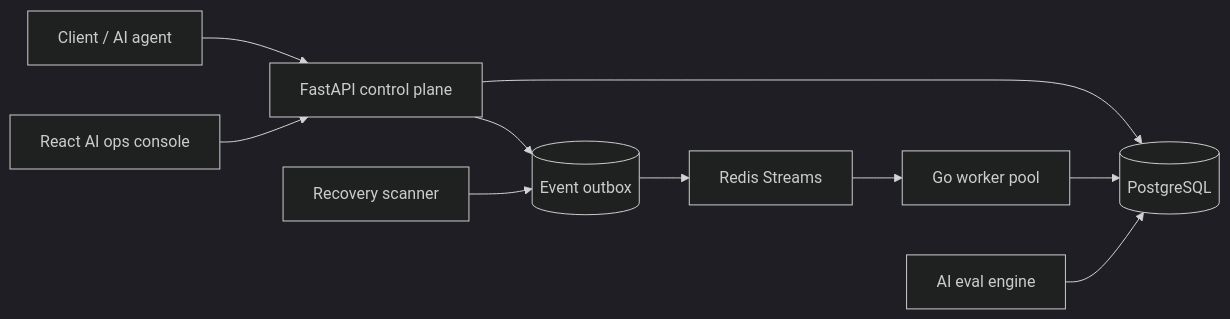
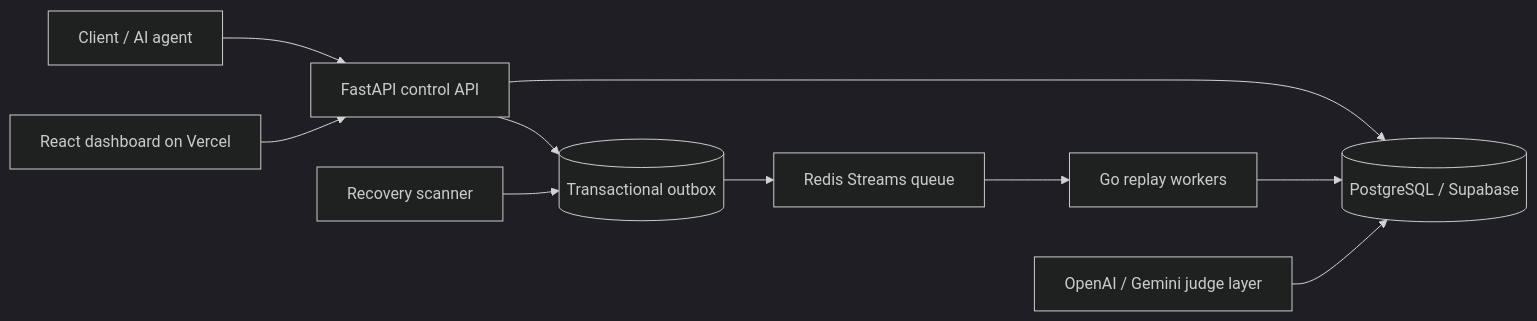
Before and after one commit to sushildalavi/converge: the diagram in README.md, drawn with Mermaid (dark theme). The commit also changed other lines of this file, not shown here.

````diff
--- a/README.md
+++ b/README.md
@@ -20,12 +26,12 @@
 ```mermaid
 flowchart LR
-  A[Client / AI agent] --> B[FastAPI control plane]
-  B --> C[(PostgreSQL)]
-  B --> D[(Event outbox)]
-  D --> E[Redis Streams]
-  E --> F[Go worker pool]
+  A[Client / AI agent] --> B[FastAPI control API]
+  B --> C[(PostgreSQL / Supabase)]
+  B --> D[(Transactional outbox)]
+  D --> E[Redis Streams queue]
+  E --> F[Go replay workers]
   F --> C
   G[Recovery scanner] --> D
-  H[AI eval engine] --> C
-  I[React AI ops console] --> B
+  H[OpenAI / Gemini judge layer] --> C
+  I[React dashboard on Vercel] --> B
 ```
````
